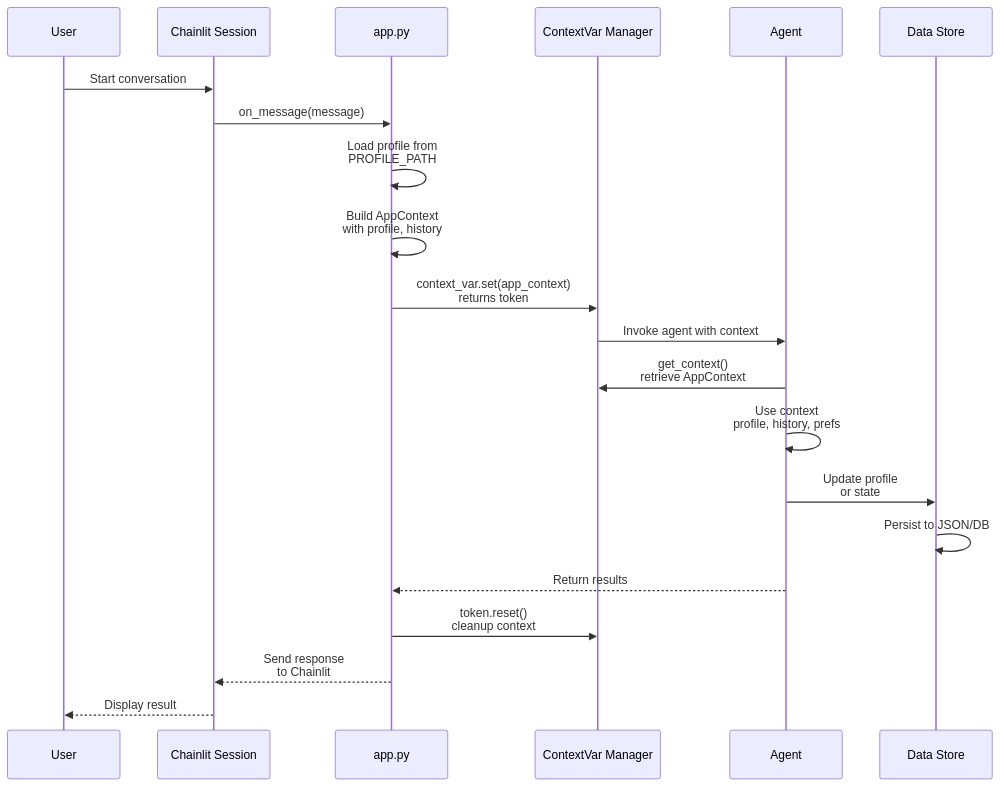
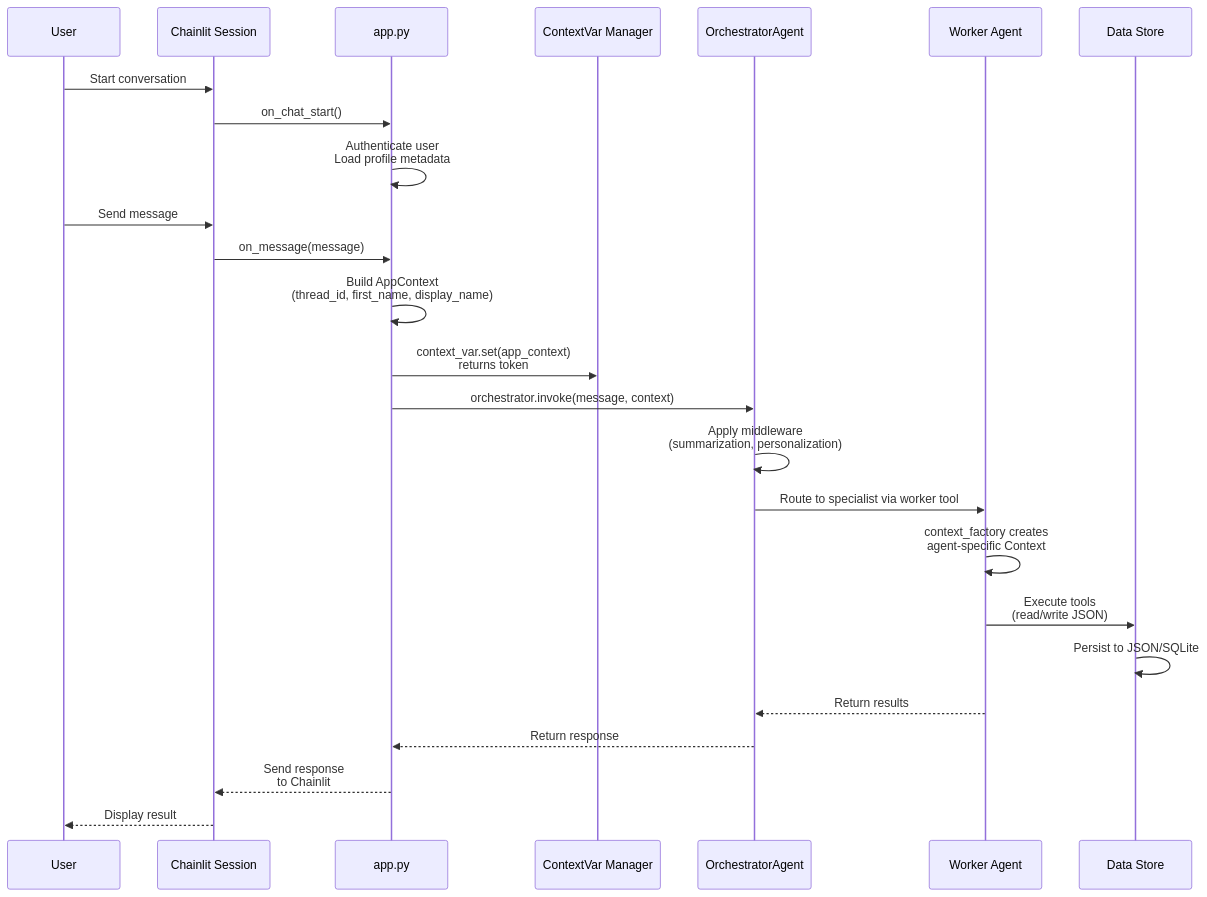
The fifth of 7 diagrams in docs/architecture/07-state-management.md (savipk/autochat), drawn with Mermaid before and after one commit. The commit also changed other lines of this file and 27 other files, not shown here.

Commit message:
modify profile agent

````diff
--- a/docs/architecture/07-state-management.md
+++ b/docs/architecture/07-state-management.md
@@ -191,36 +201,38 @@
 ```mermaid
 sequenceDiagram
     participant User as User
     participant Session as Chainlit Session
     participant AppPy as app.py
     participant ContextMgr as ContextVar Manager
-    participant Agent as Agent
+    participant Orch as OrchestratorAgent
+    participant Worker as Worker Agent
     participant DataStore as Data Store
 
     User->>Session: Start conversation
+    Session->>AppPy: on_chat_start()
+    AppPy->>AppPy: Authenticate user<br/>Load profile metadata
+
+    User->>Session: Send message
     Session->>AppPy: on_message(message)
 
-    AppPy->>AppPy: Load profile from<br/>PROFILE_PATH
-
-    AppPy->>AppPy: Build AppContext<br/>with profile, history
+    AppPy->>AppPy: Build AppContext<br/>(thread_id, first_name, display_name)
 
     AppPy->>ContextMgr: context_var.set(app_context)<br/>returns token
 
-    ContextMgr->>Agent: Invoke agent with context
+    AppPy->>Orch: orchestrator.invoke(message, context)
 
-    Agent->>ContextMgr: get_context()<br/>retrieve AppContext
+    Orch->>Orch: Apply middleware<br/>(summarization, personalization)
+    Orch->>Worker: Route to specialist via worker tool
+    Worker->>Worker: context_factory creates<br/>agent-specific Context
 
-    Agent->>Agent: Use context<br/>profile, history, prefs
+    Worker->>DataStore: Execute tools<br/>(read/write JSON)
 
-    Agent->>DataStore: Update profile<br/>or state
+    DataStore->>DataStore: Persist to JSON/SQLite
 
-    DataStore->>DataStore: Persist to JSON/DB
-
-    Agent-->>AppPy: Return results
-
-    AppPy->>ContextMgr: token.reset()<br/>cleanup context
+    Worker-->>Orch: Return results
+    Orch-->>AppPy: Return response
 
     AppPy-->>Session: Send response<br/>to Chainlit
 
     Session-->>User: Display result
 ```
````
